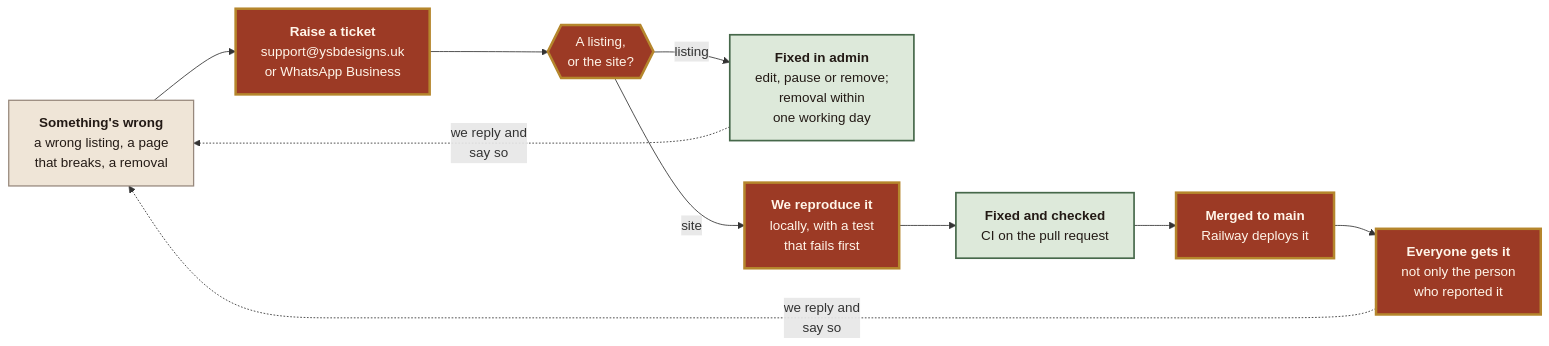
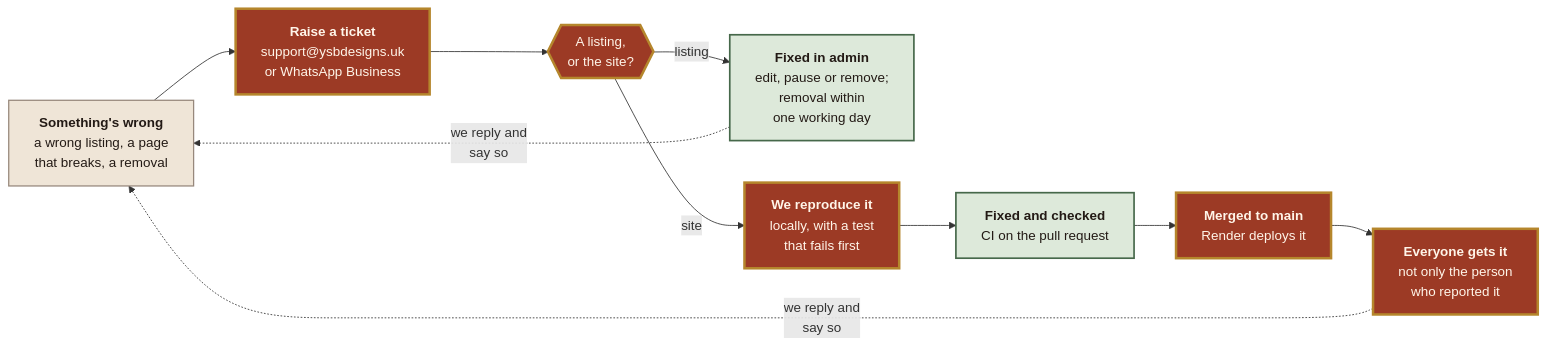
One commit to yameenbux/Boltontradesmen changed the diagram in assets/diagrams/07-support.mmd. Above: the diagram before and after it, drawn with Mermaid. The commit also changed 8 other files, not shown here.

```diff
--- a/assets/diagrams/07-support.mmd
+++ b/assets/diagrams/07-support.mmd
@@ -1,24 +1,24 @@
 flowchart LR
     C["<b>Something's wrong</b><br/>a wrong listing, a page<br/>that breaks, a removal"]
     TICKET["<b>Raise a ticket</b><br/>support@ysbdesigns.uk<br/>or WhatsApp Business"]
     Q{{"A listing,<br/>or the site?"}}
     ADMIN["<b>Fixed in admin</b><br/>edit, pause or remove;<br/>removal within<br/>one working day"]
     REPRO["<b>We reproduce it</b><br/>locally, with a test<br/>that fails first"]
     FIX["<b>Fixed and checked</b><br/>CI on the pull request"]
-    MAIN["<b>Merged to main</b><br/>Railway deploys it"]
+    MAIN["<b>Merged to main</b><br/>Render deploys it"]
     ALL["<b>Everyone gets it</b><br/>not only the person<br/>who reported it"]
 
     C --> TICKET --> Q
     Q -->|"listing"| ADMIN
     Q -->|"site"| REPRO --> FIX --> MAIN --> ALL
     ADMIN -.->|"we reply and<br/>say so"| C
     ALL -.->|"we reply and<br/>say so"| C
 
     classDef core fill:#9C3A25,stroke:#B5862C,stroke-width:3px,color:#FFF5E9
     classDef live fill:#DDE9DA,stroke:#46684A,stroke-width:2px,color:#231A15
     classDef dev fill:#F6EAD0,stroke:#B5862C,stroke-width:2px,stroke-dasharray:6 4,color:#231A15
     classDef ext fill:#EFE5D7,stroke:#97887C,stroke-width:1.5px,color:#231A15
     class C ext
     class TICKET,Q,REPRO core
     class ADMIN,FIX live
     class MAIN,ALL core
```
